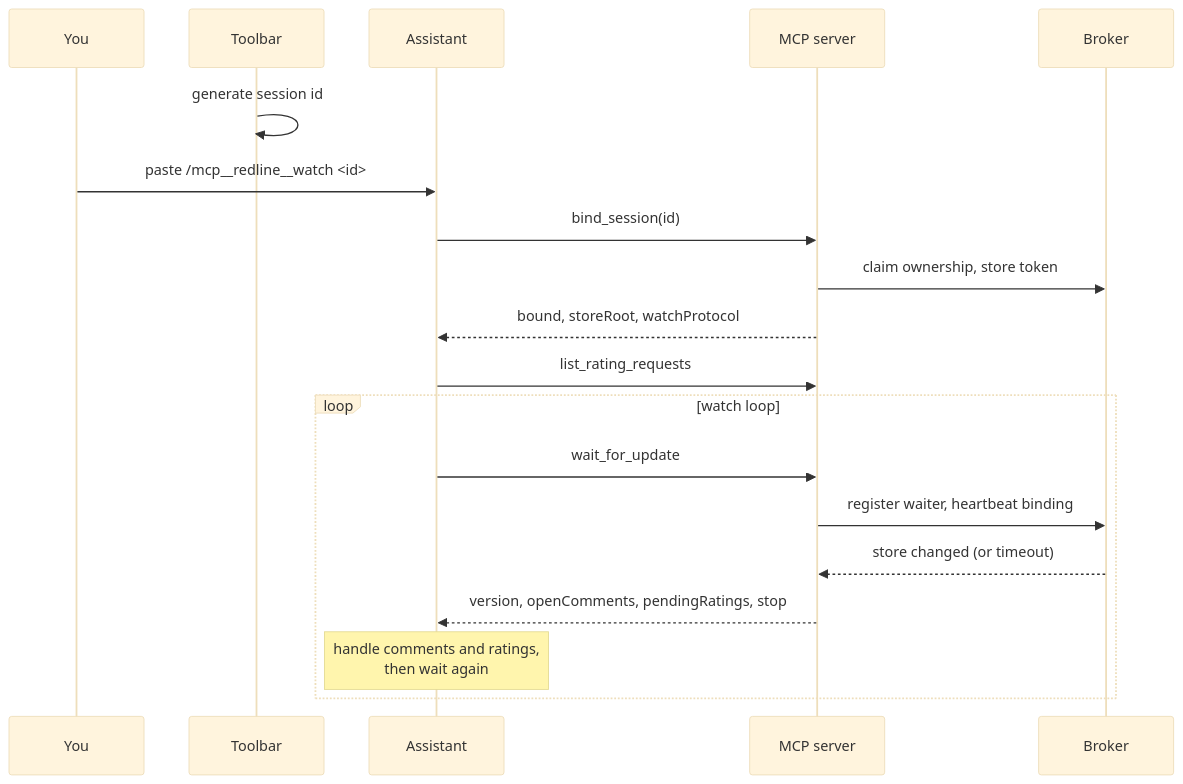
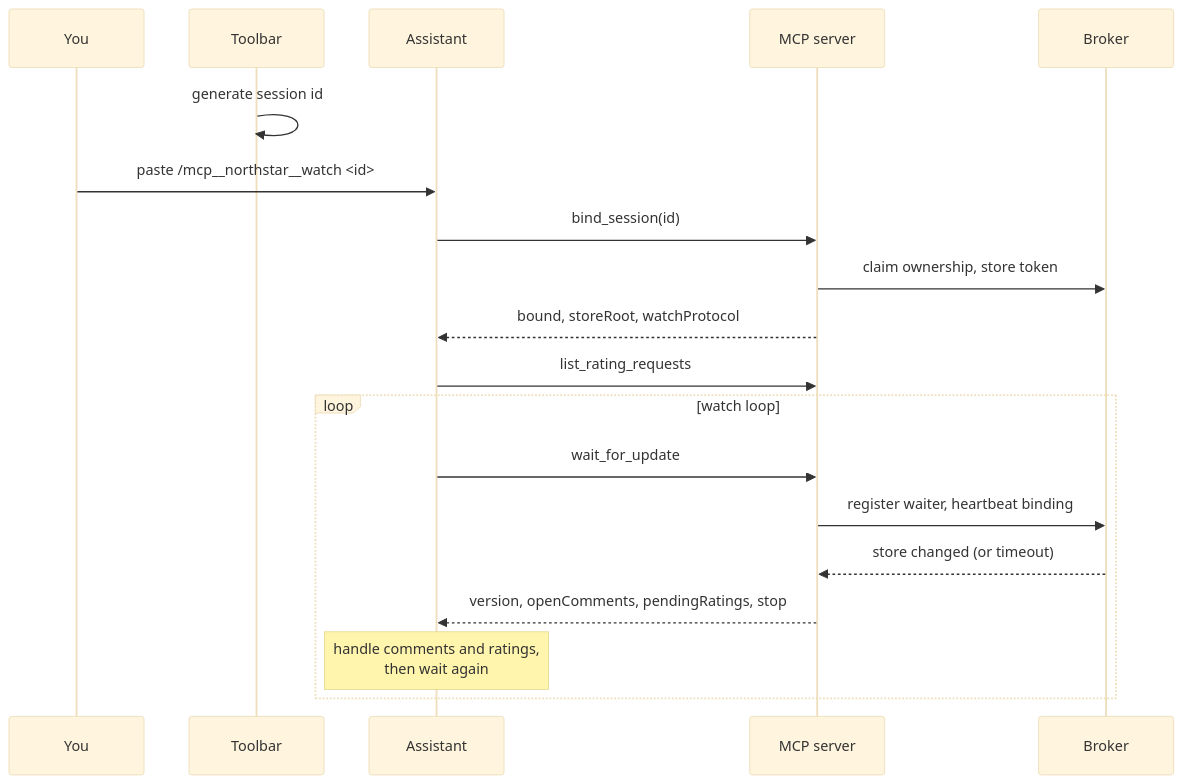
One commit to pallandir/claude-comments changed the first of 4 diagrams in docs/flows.md. Above: the diagram before and after it, drawn with Mermaid (base theme). The commit also changed other lines of this file and 38 other files, not shown here.

First line of the commit message:
feat(root): rename Redline to Northstar

````diff
--- a/docs/flows.md
+++ b/docs/flows.md
@@ -15,22 +15,22 @@
 ```mermaid
 sequenceDiagram
     participant U as You
     participant T as Toolbar
     participant A as Assistant
     participant M as MCP server
     participant B as Broker
 
     T->>T: generate session id
-    U->>A: paste /mcp__redline__watch <id>
+    U->>A: paste /mcp__northstar__watch <id>
     A->>M: bind_session(id)
     M->>B: claim ownership, store token
     M-->>A: bound, storeRoot, watchProtocol
     A->>M: list_rating_requests
     loop watch loop
         A->>M: wait_for_update
         M->>B: register waiter, heartbeat binding
         B-->>M: store changed (or timeout)
         M-->>A: version, openComments, pendingRatings, stop
         Note over A: handle comments and ratings,<br/>then wait again
     end
 ```
````
